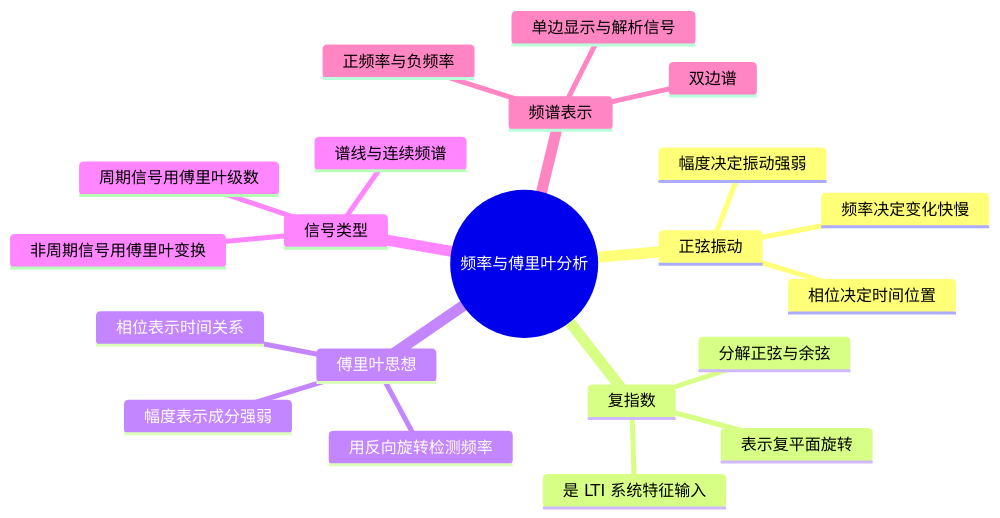
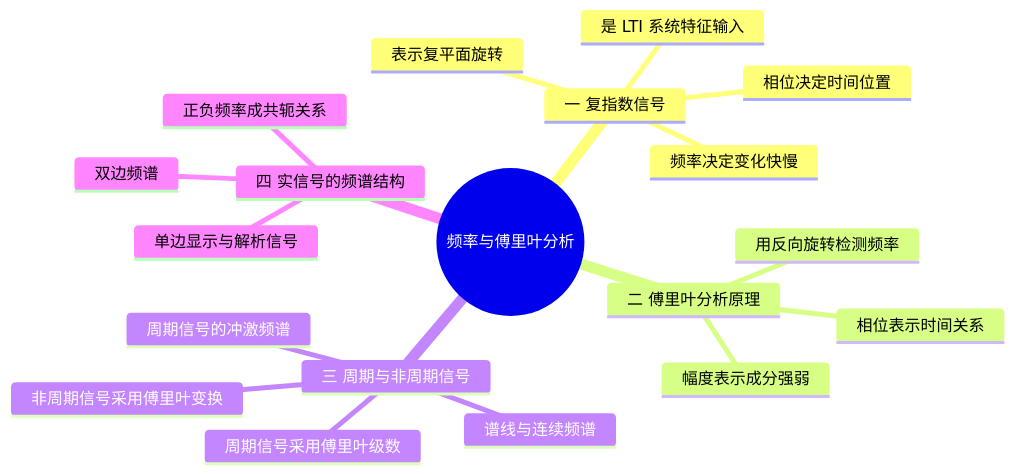
The diagram in 学习/学校课程/数字信号处理（3学分）/03 第3课 频率、复指数与傅里叶分析.md (3280441136-lab/My_Obsidian_Notes), drawn with Mermaid before and after one commit. The commit also changed 11 other files, not shown here.

````diff
--- a/学习/学校课程/数字信号处理（3学分）/03 第3课 频率、复指数与傅里叶分析.md
+++ b/学习/学校课程/数字信号处理（3学分）/03 第3课 频率、复指数与傅里叶分析.md
@@ -5,24 +5,22 @@
 ```mermaid
 mindmap
   root((频率与傅里叶分析))
-    正弦振动
+    一 复指数信号
       频率决定变化快慢
       相位决定时间位置
-      幅度决定振动强弱
-    复指数
       表示复平面旋转
-      分解正弦与余弦
       是 LTI 系统特征输入
-    傅里叶思想
+    二 傅里叶分析原理
       用反向旋转检测频率
       幅度表示成分强弱
       相位表示时间关系
-    信号类型
-      周期信号用傅里叶级数
-      非周期信号用傅里叶变换
+    三 周期与非周期信号
+      周期信号采用傅里叶级数
+      非周期信号采用傅里叶变换
       谱线与连续频谱
-    频谱表示
-      正频率与负频率
-      双边谱
+      周期信号的冲激频谱
+    四 实信号的频谱结构
+      正负频率成共轭关系
+      双边频谱
       单边显示与解析信号
 ```
````
